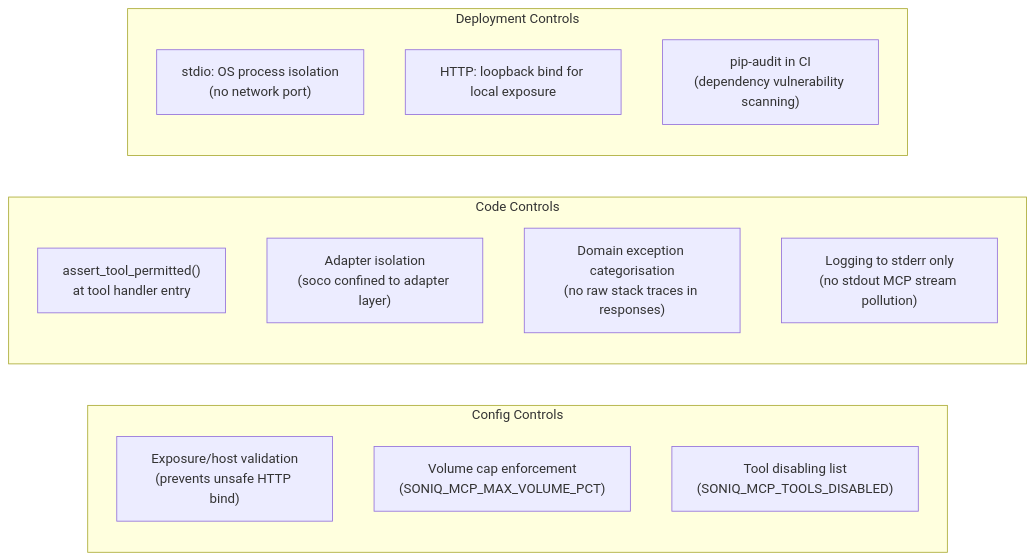
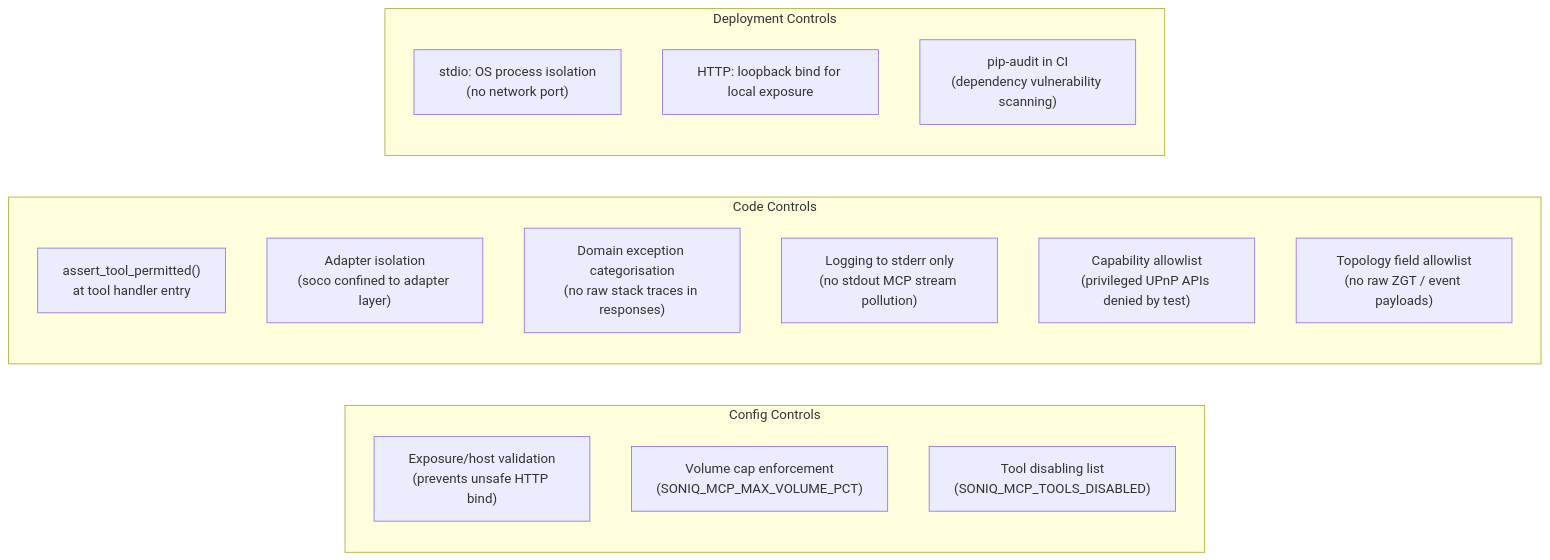
Before and after one commit to PaulKnauer/sonos-mcp-server: the sixth of 8 diagrams in docs/security/threat-model.md, drawn with Mermaid. The commit also changed other lines of this file and 7 other files, not shown here.

````diff
--- a/docs/security/threat-model.md
+++ b/docs/security/threat-model.md
@@ -289,21 +321,23 @@
 ```mermaid
 graph LR
     subgraph "Config Controls"
         M1["Exposure/host validation\n(prevents unsafe HTTP bind)"]
         M2["Volume cap enforcement\n(SONIQ_MCP_MAX_VOLUME_PCT)"]
         M3["Tool disabling list\n(SONIQ_MCP_TOOLS_DISABLED)"]
     end
 
     subgraph "Code Controls"
         M4["assert_tool_permitted()\nat tool handler entry"]
         M5["Adapter isolation\n(soco confined to adapter layer)"]
         M6["Domain exception categorisation\n(no raw stack traces in responses)"]
         M7["Logging to stderr only\n(no stdout MCP stream pollution)"]
+        M11["Capability allowlist\n(privileged UPnP APIs denied by test)"]
+        M12["Topology field allowlist\n(no raw ZGT / event payloads)"]
     end
 
     subgraph "Deployment Controls"
         M8["stdio: OS process isolation\n(no network port)"]
         M9["HTTP: loopback bind for local exposure"]
         M10["pip-audit in CI\n(dependency vulnerability scanning)"]
     end
 ```
````
